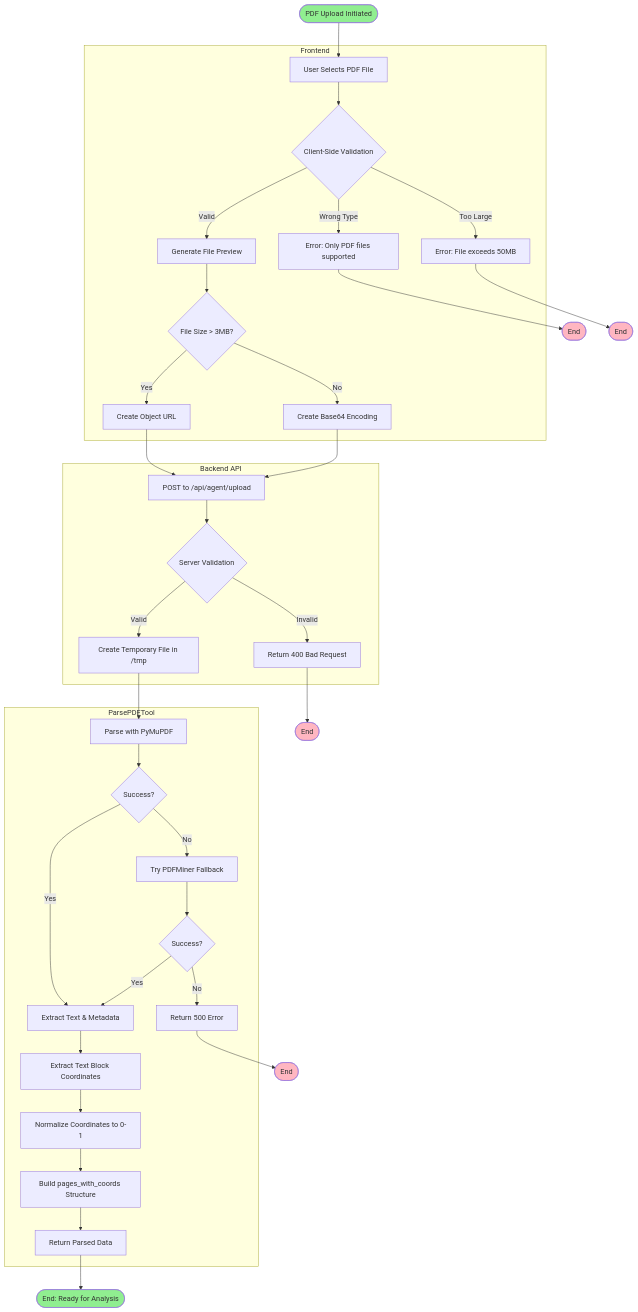
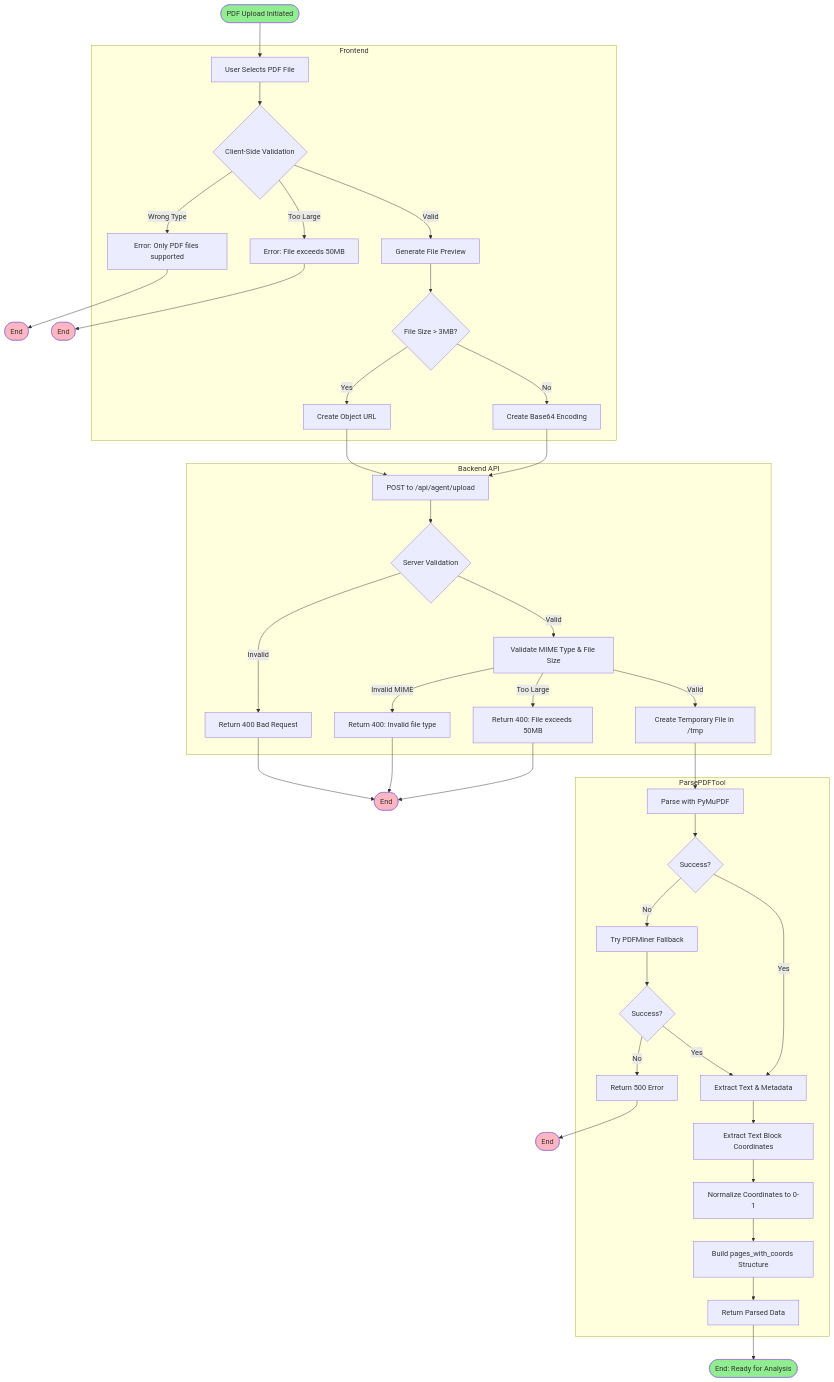
The first of 4 diagrams in docs/architecture/3_ACTIVITY_DIAGRAM.md (giuliobarde/QualiLens), drawn with Mermaid before and after one commit. The commit also changed 5 other files, not shown here.

Commit message:
updated diagrams and requirements

````diff
--- a/docs/architecture/3_ACTIVITY_DIAGRAM.md
+++ b/docs/architecture/3_ACTIVITY_DIAGRAM.md
@@ -5,70 +5,78 @@
 ```mermaid
 graph TD
     Start([PDF Upload Initiated]) --> SelectFile[User Selects PDF File]
     SelectFile --> ValidateClient{Client-Side Validation}
     ValidateClient -->|Wrong Type| ErrorType[Error: Only PDF files supported]
     ErrorType --> End1([End])
     ValidateClient -->|Too Large| ErrorSize[Error: File exceeds 50MB]
     ErrorSize --> End2([End])
     ValidateClient -->|Valid| Preview[Generate File Preview]
     Preview --> CheckSize{File Size > 3MB?}
     CheckSize -->|Yes| ObjectURL[Create Object URL]
     CheckSize -->|No| Base64[Create Base64 Encoding]
     ObjectURL --> Upload[POST to /api/agent/upload]
     Base64 --> Upload
     Upload --> ServerValidate{Server Validation}
     ServerValidate -->|Invalid| Error400[Return 400 Bad Request]
     Error400 --> End3([End])
-    ServerValidate -->|Valid| TempFile[Create Temporary File in /tmp]
+    ServerValidate -->|Valid| ValidateMIME[Validate MIME Type & File Size]
+    ValidateMIME -->|Invalid MIME| ErrorMIME[Return 400: Invalid file type]
+    ErrorMIME --> End3
+    ValidateMIME -->|Too Large| ErrorSize2[Return 400: File exceeds 50MB]
+    ErrorSize2 --> End3
+    ValidateMIME -->|Valid| TempFile[Create Temporary File in /tmp]
     TempFile --> PyMuPDF[Parse with PyMuPDF]
     PyMuPDF --> PyMuPDFSuccess{Success?}
     PyMuPDFSuccess -->|No| Fallback[Try PDFMiner Fallback]
     Fallback --> FallbackSuccess{Success?}
     FallbackSuccess -->|No| Error500[Return 500 Error]
     Error500 --> End4([End])
     PyMuPDFSuccess -->|Yes| ExtractText[Extract Text & Metadata]
     FallbackSuccess -->|Yes| ExtractText
     ExtractText --> ExtractCoords[Extract Text Block Coordinates]
     ExtractCoords --> NormalizeCoords[Normalize Coordinates to 0-1]
     NormalizeCoords --> BuildStructure[Build pages_with_coords Structure]
     BuildStructure --> ReturnData[Return Parsed Data]
     ReturnData --> End5([End: Ready for Analysis])
     
     subgraph "Frontend"
         SelectFile
         ValidateClient
         ErrorType
         ErrorSize
         Preview
         CheckSize
         ObjectURL
         Base64
     end
     
     subgraph "Backend API"
         Upload
         ServerValidate
         Error400
+        ValidateMIME
+        ErrorMIME
+        ErrorSize2
         TempFile
     end
     
     subgraph "ParsePDFTool"
         PyMuPDF
         PyMuPDFSuccess
         Fallback
         FallbackSuccess
         Error500
         ExtractText
         ExtractCoords
         NormalizeCoords
         BuildStructure
         ReturnData
     end
     
     style Start fill:#90EE90
     style End5 fill:#90EE90
     style End1 fill:#FFB6C1
     style End2 fill:#FFB6C1
     style End3 fill:#FFB6C1
     style End4 fill:#FFB6C1
 ```
````
